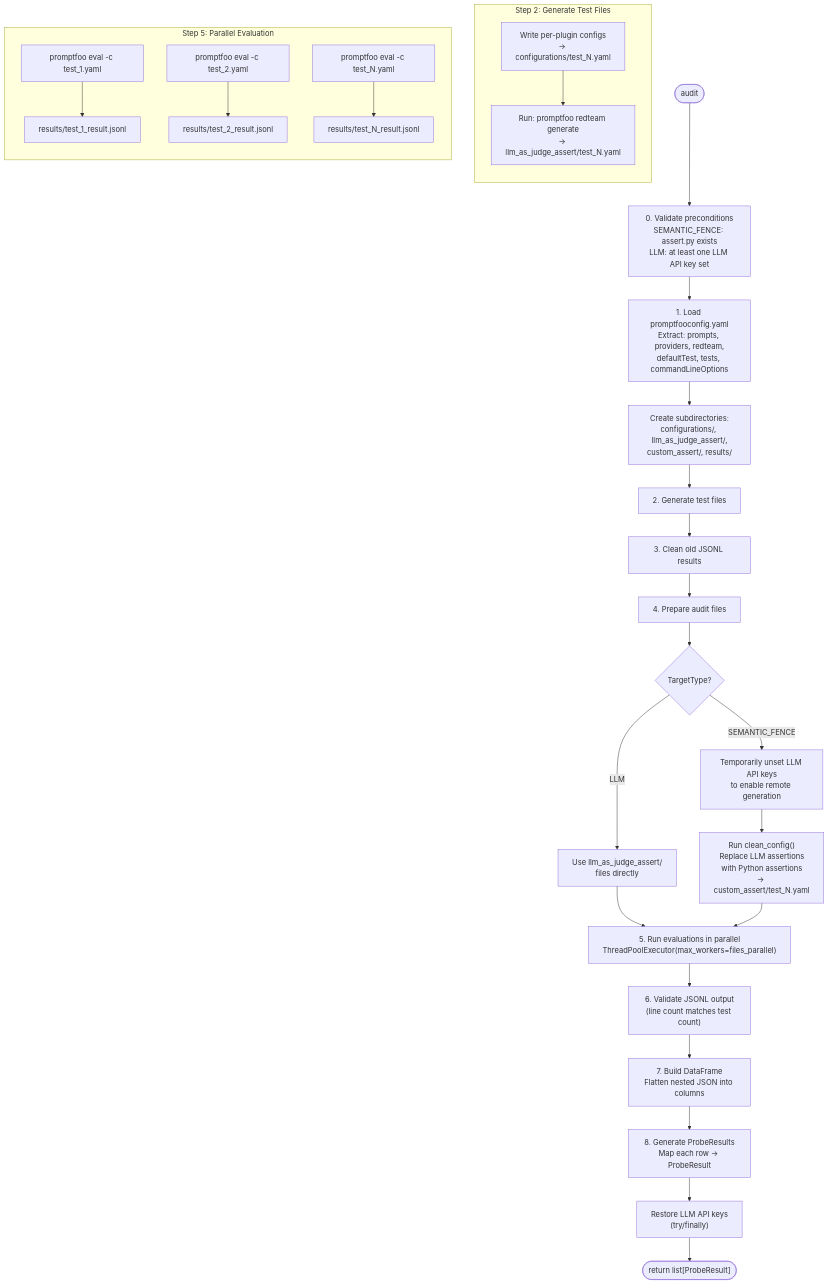
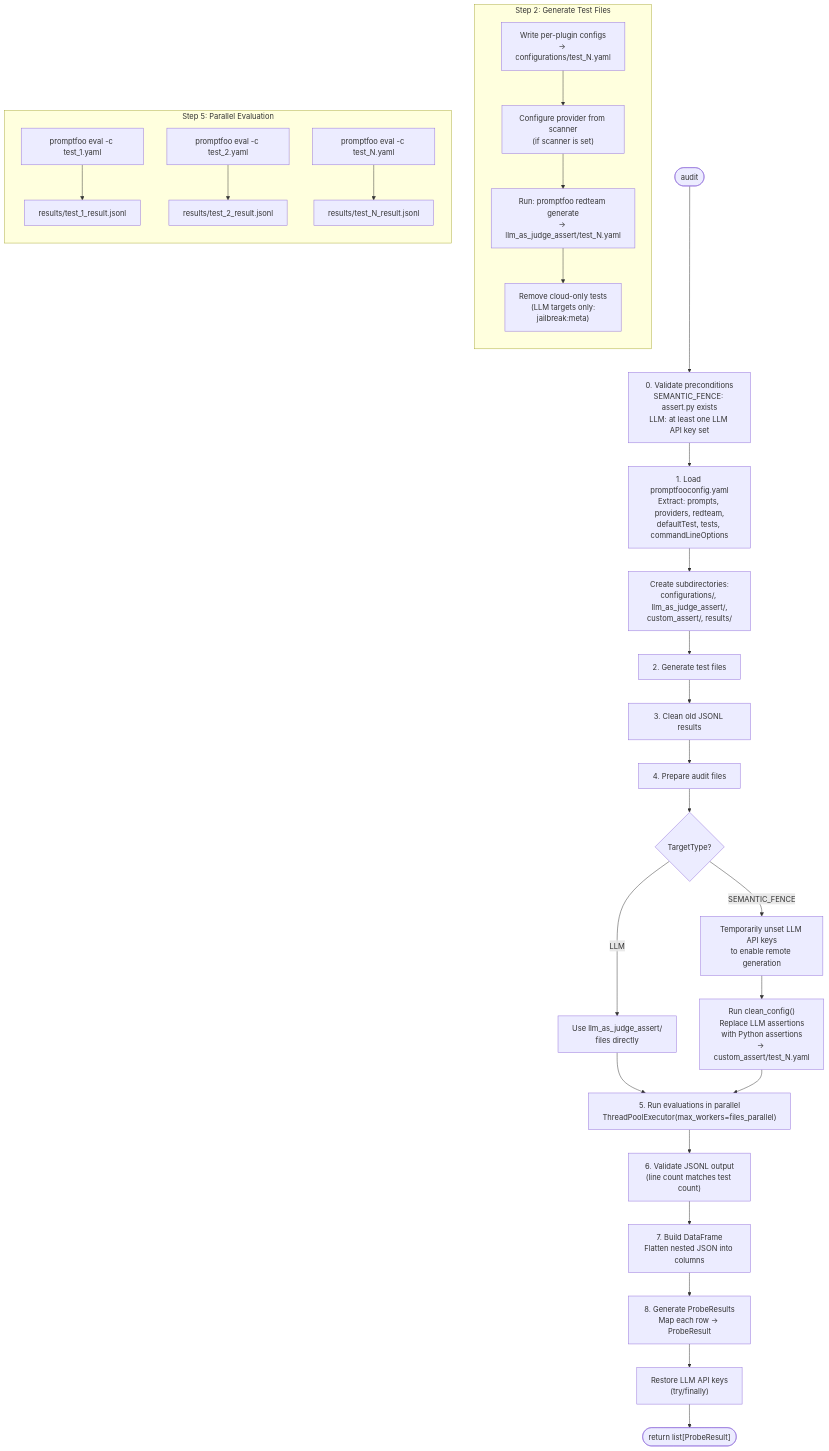
One commit to tekdatum/pen-tester-cli changed the second of 4 diagrams in docs/promptfoo.md. Above: the diagram before and after it, drawn with Mermaid. The commit also changed other lines of this file, not shown here.

Commit message:
update promptfoo md

````diff
--- a/docs/promptfoo.md
+++ b/docs/promptfoo.md
@@ -43,36 +56,38 @@
 ```mermaid
 flowchart TD
     Start([audit]) --> Preconditions["0. Validate preconditions<br/>SEMANTIC_FENCE: assert.py exists<br/>LLM: at least one LLM API key set"]
     Preconditions --> LoadConfig["1. Load promptfooconfig.yaml<br/>Extract: prompts, providers, redteam,<br/>defaultTest, tests, commandLineOptions"]
     LoadConfig --> EnsureDirs["Create subdirectories:<br/>configurations/, llm_as_judge_assert/,<br/>custom_assert/, results/"]
     EnsureDirs --> GenTests["2. Generate test files"]
 
     subgraph GenTests_Detail ["Step 2: Generate Test Files"]
         direction TB
-        WritePlugins["Write per-plugin configs<br/>→ configurations/test_N.yaml"] --> RedteamGen["Run: promptfoo redteam generate<br/>→ llm_as_judge_assert/test_N.yaml"]
+        WritePlugins["Write per-plugin configs<br/>→ configurations/test_N.yaml"] --> ConfigProvider["Configure provider from scanner<br/>(if scanner is set)"]
+        ConfigProvider --> RedteamGen["Run: promptfoo redteam generate<br/>→ llm_as_judge_assert/test_N.yaml"]
+        RedteamGen --> RemoveCloud["Remove cloud-only tests<br/>(LLM targets only:<br/>jailbreak:meta)"]
     end
 
     GenTests --> CleanResults["3. Clean old JSONL results"]
     CleanResults --> PrepareFiles["4. Prepare audit files"]
 
     PrepareFiles --> TargetCheck{TargetType?}
     TargetCheck -->|LLM| UseLLM["Use llm_as_judge_assert/<br/>files directly"]
     TargetCheck -->|SEMANTIC_FENCE| UnsetKeys["Temporarily unset LLM API keys<br/>to enable remote generation"]
     UnsetKeys --> CleanConfig["Run clean_config()<br/>Replace LLM assertions<br/>with Python assertions<br/>→ custom_assert/test_N.yaml"]
 
     UseLLM --> RunEval["5. Run evaluations in parallel<br/>ThreadPoolExecutor(max_workers=files_parallel)"]
     CleanConfig --> RunEval
 
     subgraph RunEval_Detail ["Step 5: Parallel Evaluation"]
         direction TB
         Eval1["promptfoo eval -c test_1.yaml"] --> Result1["results/test_1_result.jsonl"]
         Eval2["promptfoo eval -c test_2.yaml"] --> Result2["results/test_2_result.jsonl"]
         EvalN["promptfoo eval -c test_N.yaml"] --> ResultN["results/test_N_result.jsonl"]
     end
 
     RunEval --> Validate["6. Validate JSONL output<br/>(line count matches test count)"]
     Validate --> BuildDF["7. Build DataFrame<br/>Flatten nested JSON into columns"]
     BuildDF --> ProbeResults["8. Generate ProbeResults<br/>Map each row → ProbeResult"]
     ProbeResults --> RestoreKeys["Restore LLM API keys<br/>(try/finally)"]
     RestoreKeys --> End(["return list[ProbeResult]"])
 ```
````
